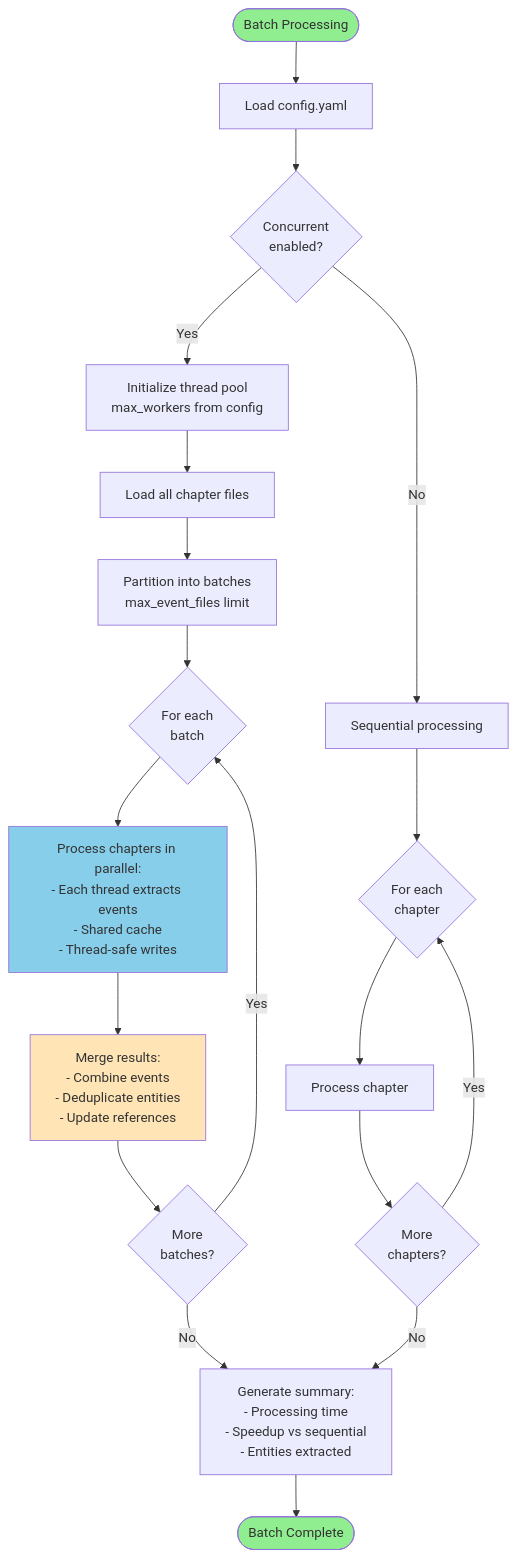
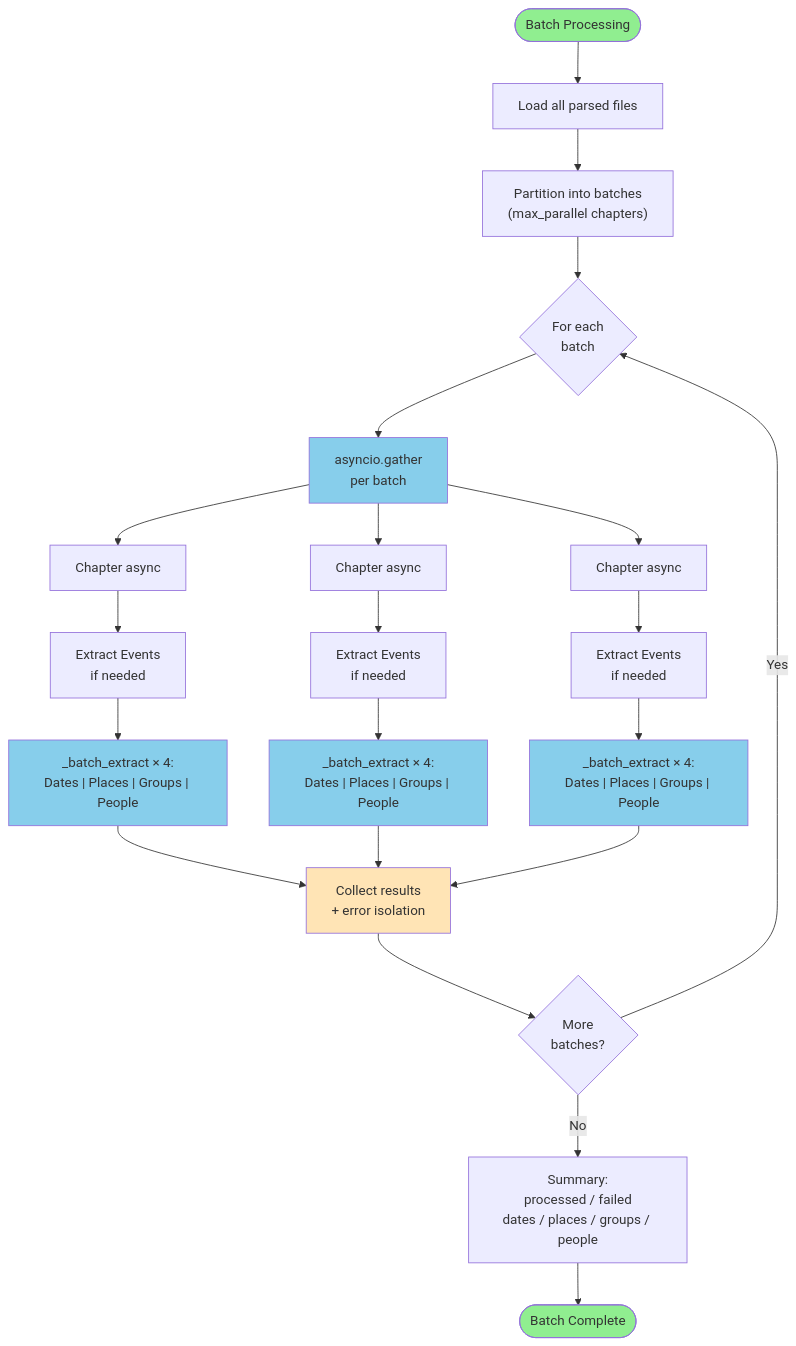
One commit to elasticfusion/SecondWorldWarAsData changed the eighth of 12 diagrams in docs/current/core/WORKFLOW_DIAGRAMS.md. Above: the diagram before and after it, drawn with Mermaid. The commit also changed other lines of this file and 19 other files, not shown here.

````diff
--- a/docs/current/core/WORKFLOW_DIAGRAMS.md
+++ b/docs/current/core/WORKFLOW_DIAGRAMS.md
@@ -299,33 +333,38 @@
 ```mermaid
 flowchart TD
-    Start([Batch Processing]) --> LoadConfig[Load config.yaml]
-    LoadConfig --> CheckMode{Concurrent<br/>enabled?}
-    
-    CheckMode -->|Yes| InitPool[Initialize thread pool<br/>max_workers from config]
-    CheckMode -->|No| Sequential[Sequential processing]
-    
-    InitPool --> LoadChapters[Load all chapter files]
-    LoadChapters --> Partition[Partition into batches<br/>max_event_files limit]
+    Start([Batch Processing]) --> LoadFiles[Load all parsed files]
+    LoadFiles --> Partition["Partition into batches<br/>(max_parallel chapters)"]
     
     Partition --> ForEachBatch{For each<br/>batch}
-    ForEachBatch --> ProcessParallel[Process chapters in parallel:<br/>- Each thread extracts events<br/>- Shared cache<br/>- Thread-safe writes]
+    ForEachBatch --> Async["asyncio.gather<br/>per batch"]
     
-    ProcessParallel --> MergeResults[Merge results:<br/>- Combine events<br/>- Deduplicate entities<br/>- Update references]
+    Async --> ChA[Chapter async]
+    Async --> ChB[Chapter async]
+    Async --> ChC[Chapter async]
     
-    MergeResults --> NextBatch{More<br/>batches?}
+    ChA --> EvA[Extract Events<br/>if needed]
+    ChB --> EvB[Extract Events<br/>if needed]
+    ChC --> EvC[Extract Events<br/>if needed]
+    
+    EvA --> GatherA["_batch_extract × 4:<br/>Dates | Places | Groups | People"]
+    EvB --> GatherB["_batch_extract × 4:<br/>Dates | Places | Groups | People"]
+    EvC --> GatherC["_batch_extract × 4:<br/>Dates | Places | Groups | People"]
+    
+    GatherA --> Collect[Collect results<br/>+ error isolation]
+    GatherB --> Collect
+    GatherC --> Collect
+    
+    Collect --> NextBatch{More<br/>batches?}
     NextBatch -->|Yes| ForEachBatch
-    NextBatch -->|No| Summary
+    NextBatch -->|No| Summary["Summary:<br/>processed / failed<br/>dates / places / groups / people"]
     
-    Sequential --> ForEachChapter{For each<br/>chapter}
-    ForEachChapter --> ProcessOne[Process chapter]
-    ProcessOne --> NextChapter{More<br/>chapters?}
-    NextChapter -->|Yes| ForEachChapter
-    NextChapter -->|No| Summary
-    
-    Summary[Generate summary:<br/>- Processing time<br/>- Speedup vs sequential<br/>- Entities extracted] --> End([Batch Complete])
+    Summary --> End([Batch Complete])
     
     style Start fill:#90EE90
     style End fill:#90EE90
-    style ProcessParallel fill:#87CEEB
-    style MergeResults fill:#FFE4B5
+    style Async fill:#87CEEB
+    style GatherA fill:#87CEEB
+    style GatherB fill:#87CEEB
+    style GatherC fill:#87CEEB
+    style Collect fill:#FFE4B5
 ```
````
